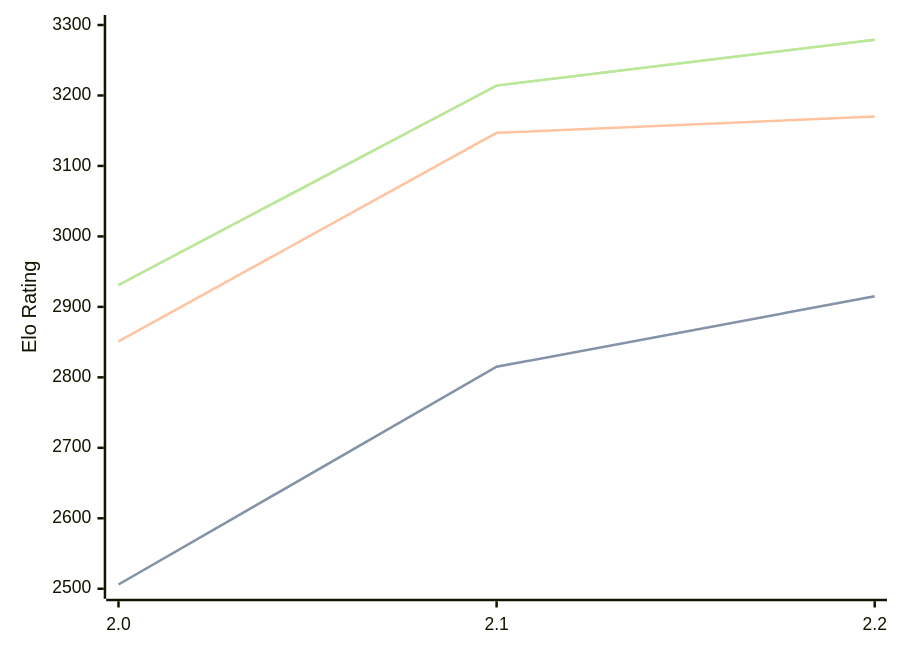
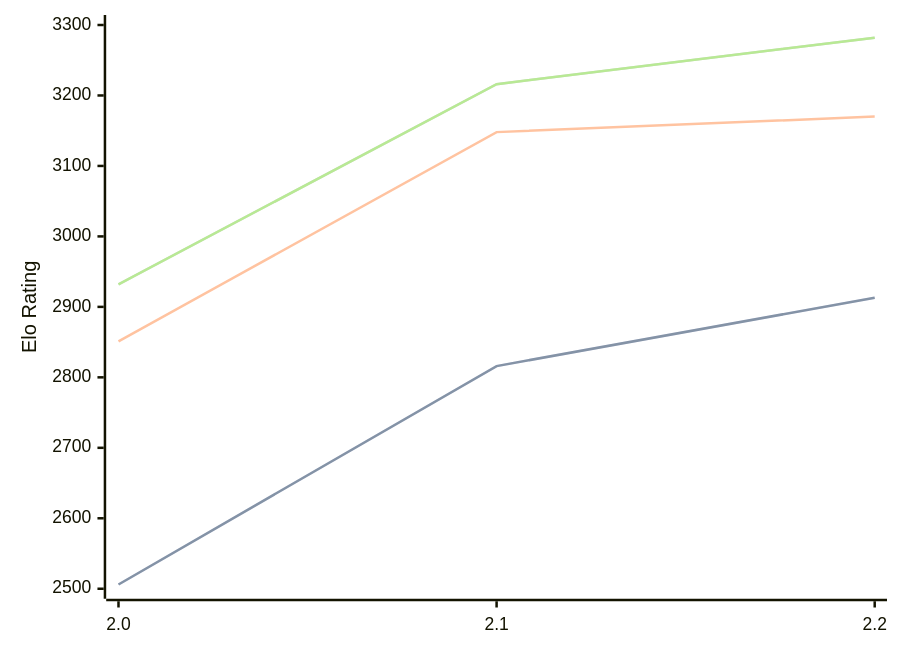
Before and after one commit to computer-chess-index/cci: the diagram in engines/Tunguska.md, drawn with Mermaid. The commit also changed other lines of this file, not shown here.

Commit message:
Update CCI Ratings (ELO VLTC) - 2026-09-16

````diff
--- a/engines/Tunguska.md
+++ b/engines/Tunguska.md
@@ -33,11 +33,11 @@
 ```mermaid
 %%{init: {"theme":"base","themeVariables":{"seriesColors:['#a3a3a3','#222221','#faa371']}}}%%
 xychart-beta
   x-axis ["2.0", "2.1", "2.2"]
   y-axis "Elo Rating" 2500 --> 3300
-  line "" [2506, 2815, 2915]
-  line "STC (8.0+0.08s)" [2506, 2815, 2915]
-  line "LTC (60.0+0.60s)" [2851, 3147, 3170]
-  line "" [2931, 3214, 3279]
-  line "VLTC (2m24s+1.12s)" [2931, 3214, 3279]
+  line "" [2506, 2816, 2913]
+  line "STC (8.0+0.08s)" [2506, 2816, 2913]
+  line "LTC (60.0+0.60s)" [2851, 3148, 3170]
+  line "" [2932, 3216, 3282]
+  line "VLTC (2m24s+1.12s)" [2932, 3216, 3282]
 ```
````
